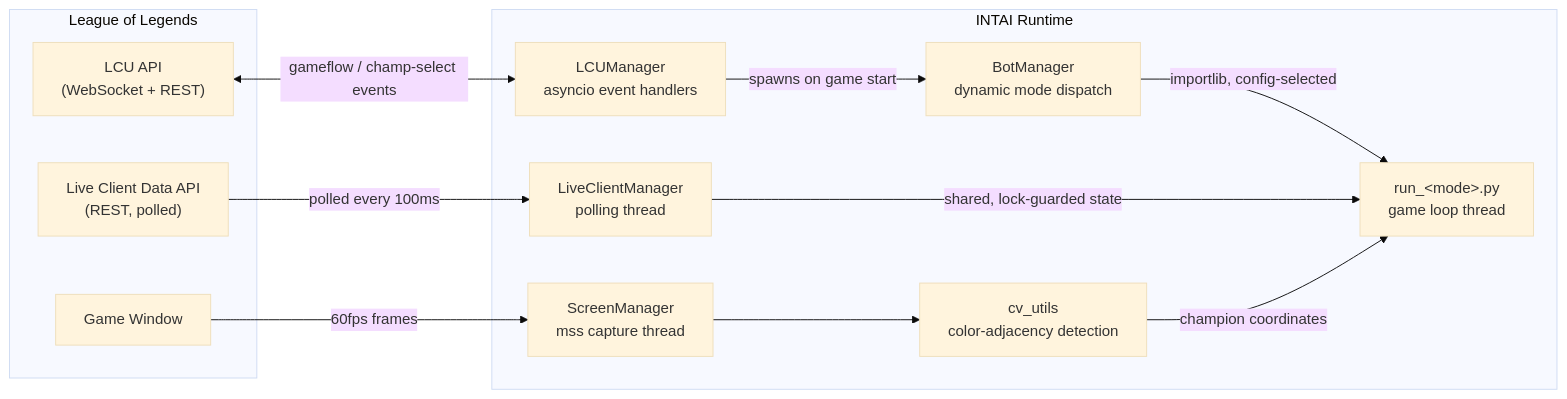
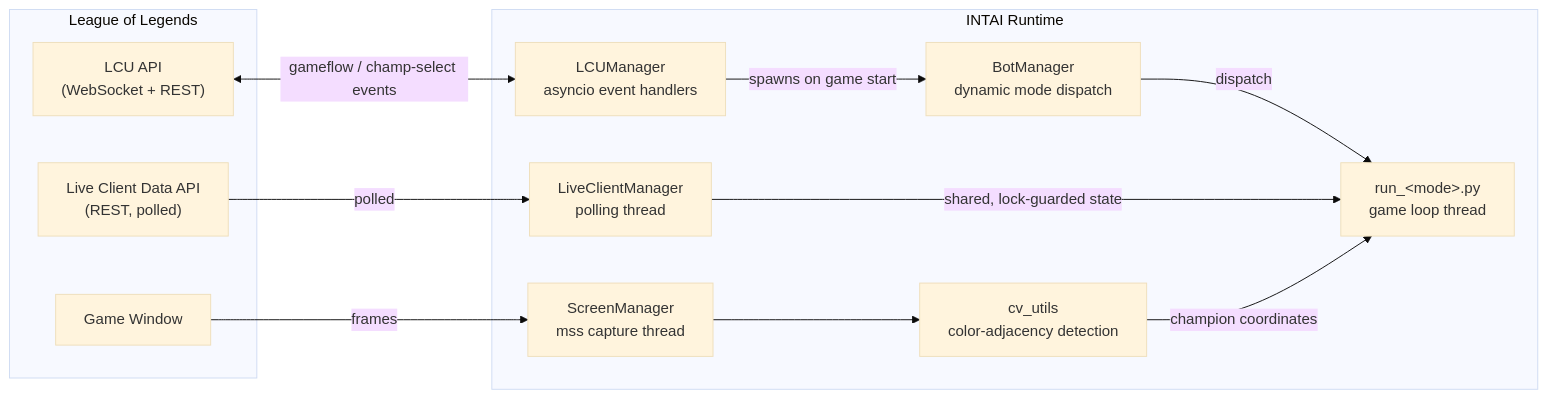
Before and after one commit to tyroneous9/League-Scripts-2: the diagram in README.md, drawn with Mermaid (base theme). The commit also changed other lines of this file, not shown here.

````diff
--- a/README.md
+++ b/README.md
@@ -21,26 +19,26 @@
 ```mermaid
 flowchart LR
     subgraph League["League of Legends"]
         LCU["LCU API<br/>(WebSocket + REST)"]
         LiveData["Live Client Data API<br/>(REST, polled)"]
         Screen["Game Window"]
     end
 
     subgraph INTAI["INTAI Runtime"]
         LCUManager["LCUManager<br/>asyncio event handlers"]
         LiveClientManager["LiveClientManager<br/>polling thread"]
         ScreenManager["ScreenManager<br/>mss capture thread"]
         CV["cv_utils<br/>color-adjacency detection"]
         BotManager["BotManager<br/>dynamic mode dispatch"]
         Loop["run_&lt;mode&gt;.py<br/>game loop thread"]
     end
 
     LCU <-->|gameflow / champ-select events| LCUManager
-    LiveData -->|polled every 100ms| LiveClientManager
-    Screen -->|60fps frames| ScreenManager
+    LiveData -->|polled| LiveClientManager
+    Screen -->|frames| ScreenManager
     ScreenManager --> CV
     LCUManager -->|spawns on game start| BotManager
-    BotManager -->|importlib, config-selected| Loop
+    BotManager -->|dispatch| Loop
     LiveClientManager -->|shared, lock-guarded state| Loop
     CV -->|champion coordinates| Loop
 ```
````
